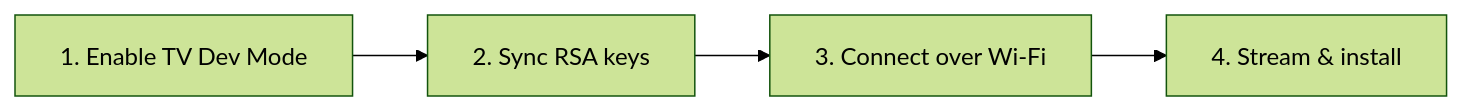
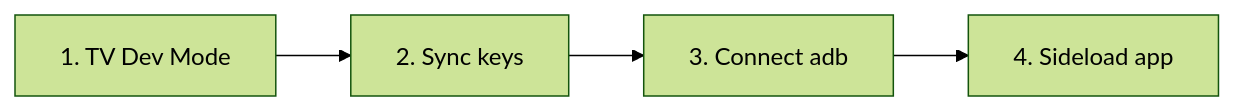
The diagram in README.md (Suz41/Sideload-Tizen-by-Android), drawn with Mermaid (forest theme) before and after one commit. The commit also changed other lines of this file, not shown here.

````diff
--- a/README.md
+++ b/README.md
@@ -13,6 +9,6 @@
 ```mermaid
 flowchart LR
-    A[1. Enable TV Dev Mode] --> B[2. Sync RSA keys]
-    B --> C[3. Connect over Wi-Fi]
-    C --> D[4. Stream & install]
+    DevMode[1. TV Dev Mode] --> TermuxKey[2. Sync keys]
+    TermuxKey --> Connect[3. Connect adb]
+    Connect --> Install[4. Sideload app]
 ```
````
